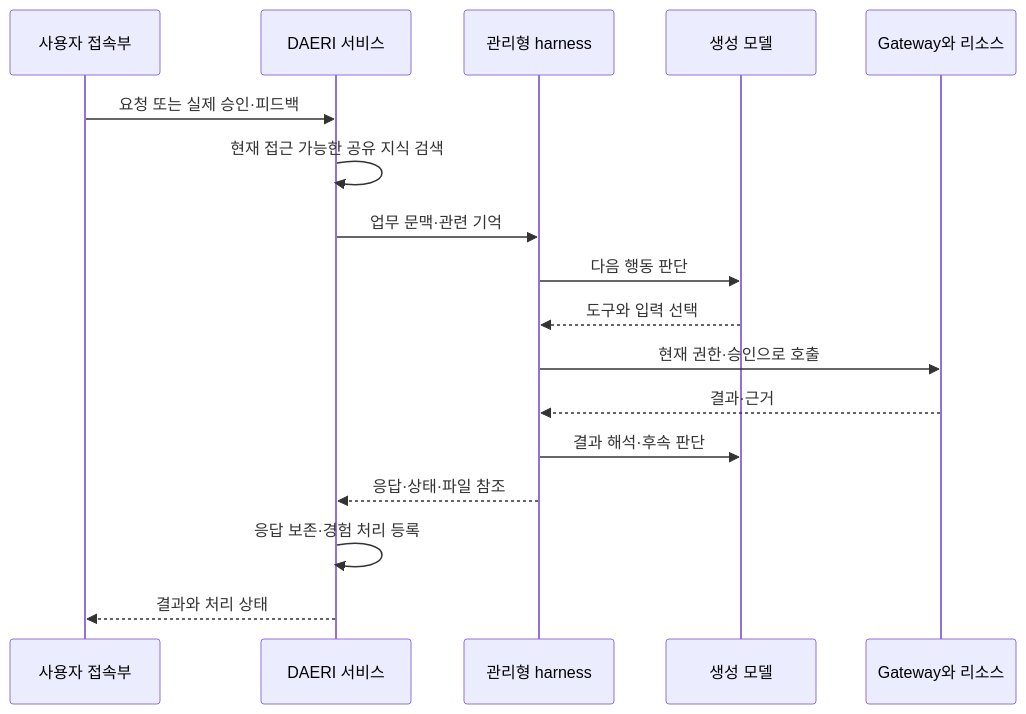
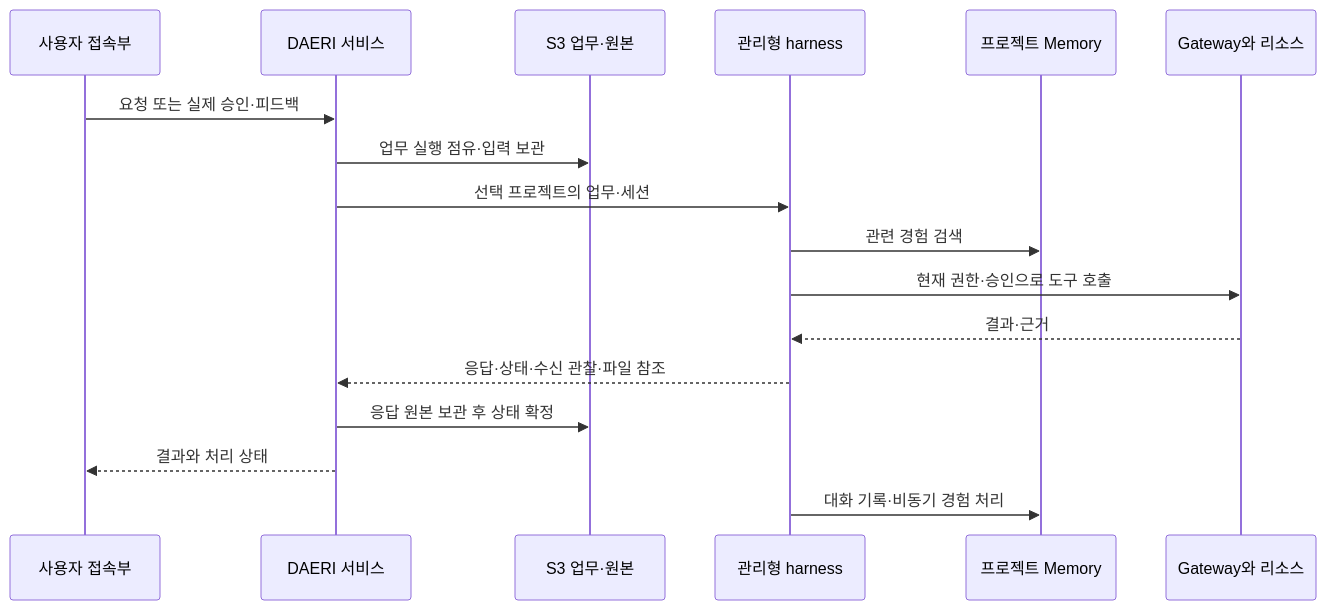
The diagram in docs/architecture/overview.md (VVoodyHong/DAERI), drawn with Mermaid before and after one commit. The commit also changed other lines of this file and 33 other files, not shown here.

````diff
--- a/docs/architecture/overview.md
+++ b/docs/architecture/overview.md
@@ -30,19 +38,19 @@
 ```mermaid
 sequenceDiagram
     participant Client as 사용자 접속부
     participant DAERI as DAERI 서비스
+    participant S3 as S3 업무·원본
     participant Harness as 관리형 harness
-    participant Model as 생성 모델
+    participant Memory as 프로젝트 Memory
     participant Gateway as Gateway와 리소스
     Client->>DAERI: 요청 또는 실제 승인·피드백
-    DAERI->>DAERI: 현재 접근 가능한 공유 지식 검색
-    DAERI->>Harness: 업무 문맥·관련 기억
-    Harness->>Model: 다음 행동 판단
-    Model-->>Harness: 도구와 입력 선택
-    Harness->>Gateway: 현재 권한·승인으로 호출
+    DAERI->>S3: 업무 실행 점유·입력 보관
+    DAERI->>Harness: 선택 프로젝트의 업무·세션
+    Harness->>Memory: 관련 경험 검색
+    Harness->>Gateway: 현재 권한·승인으로 도구 호출
     Gateway-->>Harness: 결과·근거
-    Harness->>Model: 결과 해석·후속 판단
-    Harness-->>DAERI: 응답·상태·파일 참조
-    DAERI->>DAERI: 응답 보존·경험 처리 등록
+    Harness-->>DAERI: 응답·상태·수신 관찰·파일 참조
+    DAERI->>S3: 응답 원본 보관 후 상태 확정
     DAERI-->>Client: 결과와 처리 상태
+    Harness->>Memory: 대화 기록·비동기 경험 처리
 ```
````
